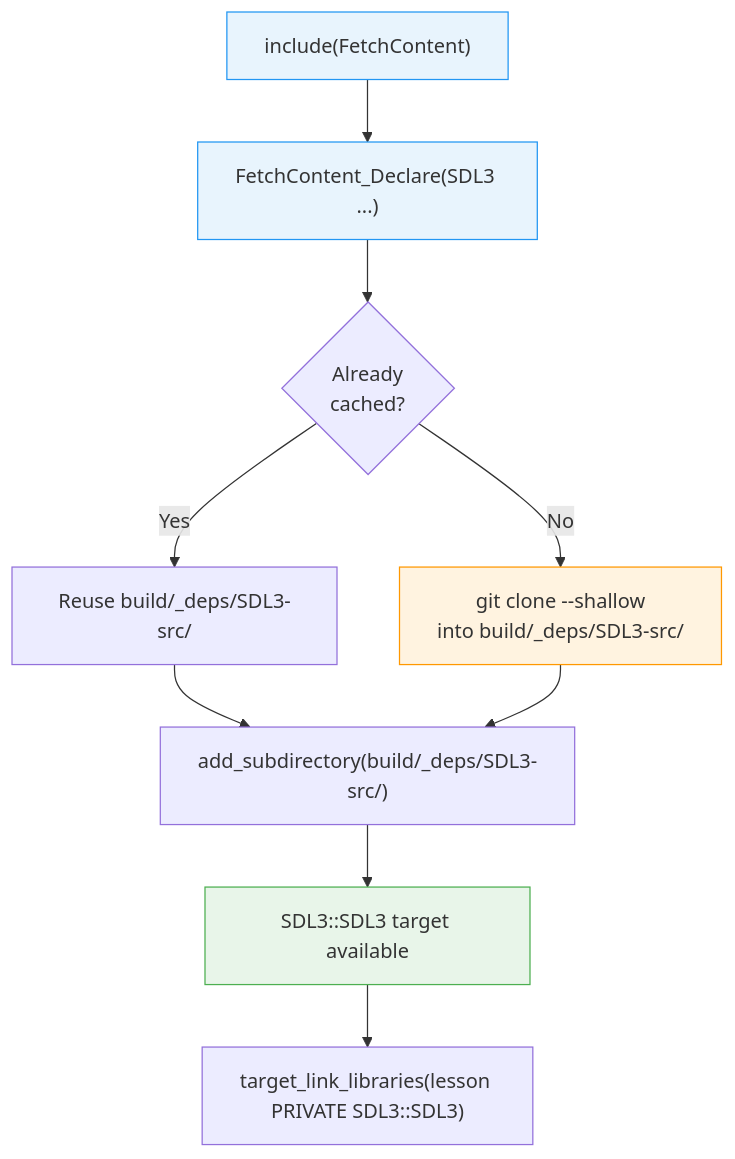
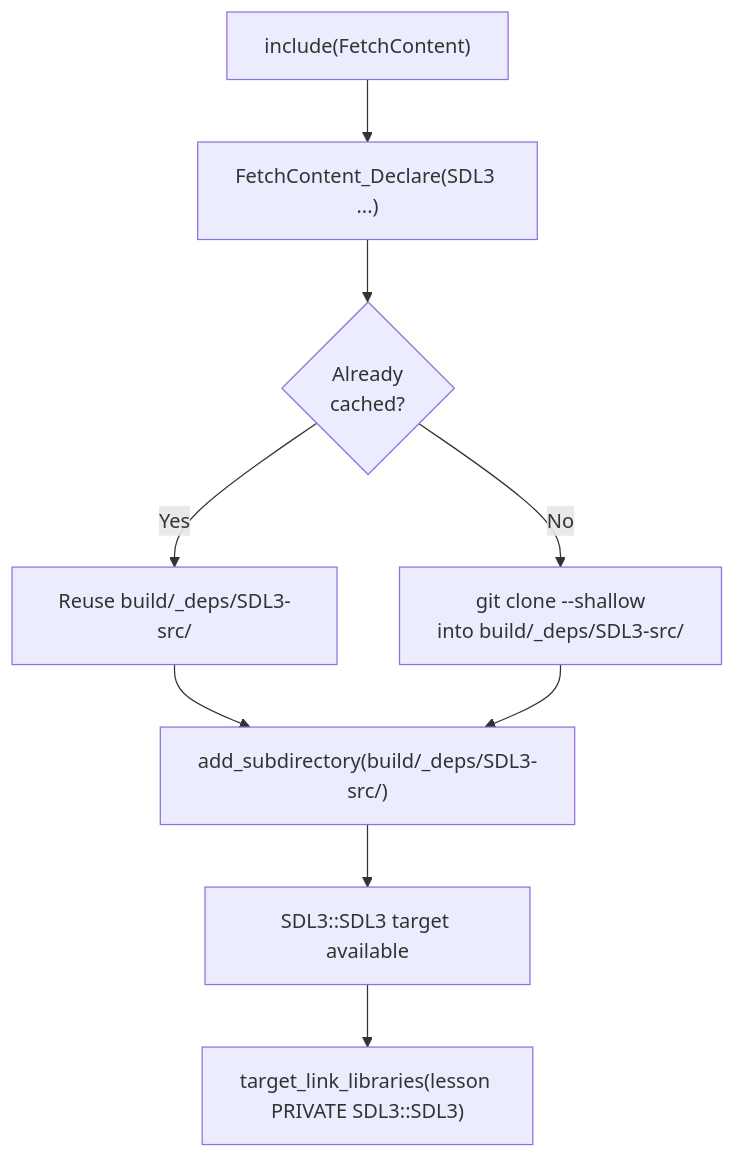
Before and after one commit to RosyGameStudio/forge-gpu: the first of 5 diagrams in lessons/engine/03-fetchcontent-dependencies/README.md, drawn with Mermaid. The commit also changed other lines of this file, not shown here.

First line of the commit message:
Remove custom mermaid styles for dark mode compatibility

````diff
--- a/lessons/engine/03-fetchcontent-dependencies/README.md
+++ b/lessons/engine/03-fetchcontent-dependencies/README.md
@@ -207,16 +207,11 @@
 ```mermaid
 flowchart TD
     A["include(FetchContent)"] --> B["FetchContent_Declare(SDL3 ...)"]
     B --> C{"Already\ncached?"}
     C -->|Yes| D["Reuse build/_deps/SDL3-src/"]
     C -->|No| E["git clone --shallow\ninto build/_deps/SDL3-src/"]
     D --> F["add_subdirectory(build/_deps/SDL3-src/)"]
     E --> F
     F --> G["SDL3::SDL3 target available"]
     G --> H["target_link_libraries(lesson PRIVATE SDL3::SDL3)"]
-
-    style A fill:#e8f4fd,stroke:#2196F3,color:#333
-    style B fill:#e8f4fd,stroke:#2196F3,color:#333
-    style E fill:#fff3e0,stroke:#FF9800,color:#333
-    style G fill:#e8f5e9,stroke:#4CAF50,color:#333
 ```
````
